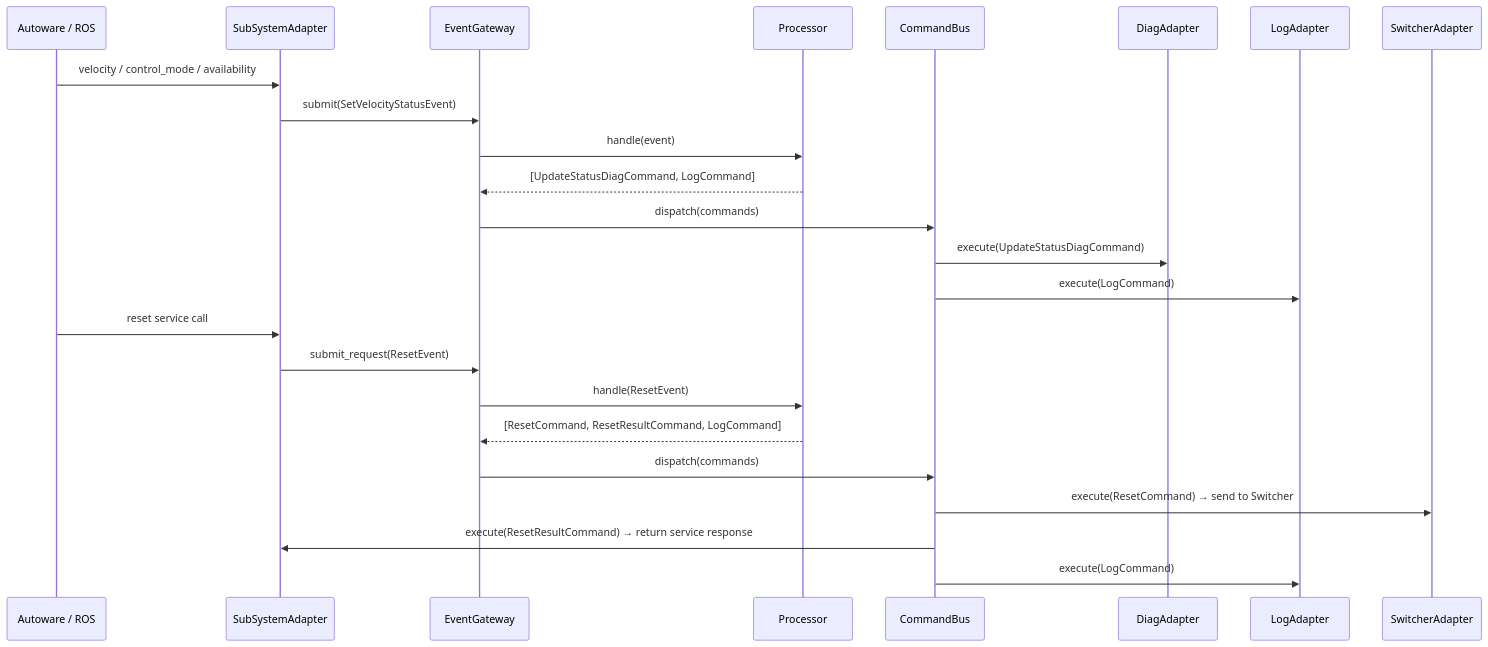
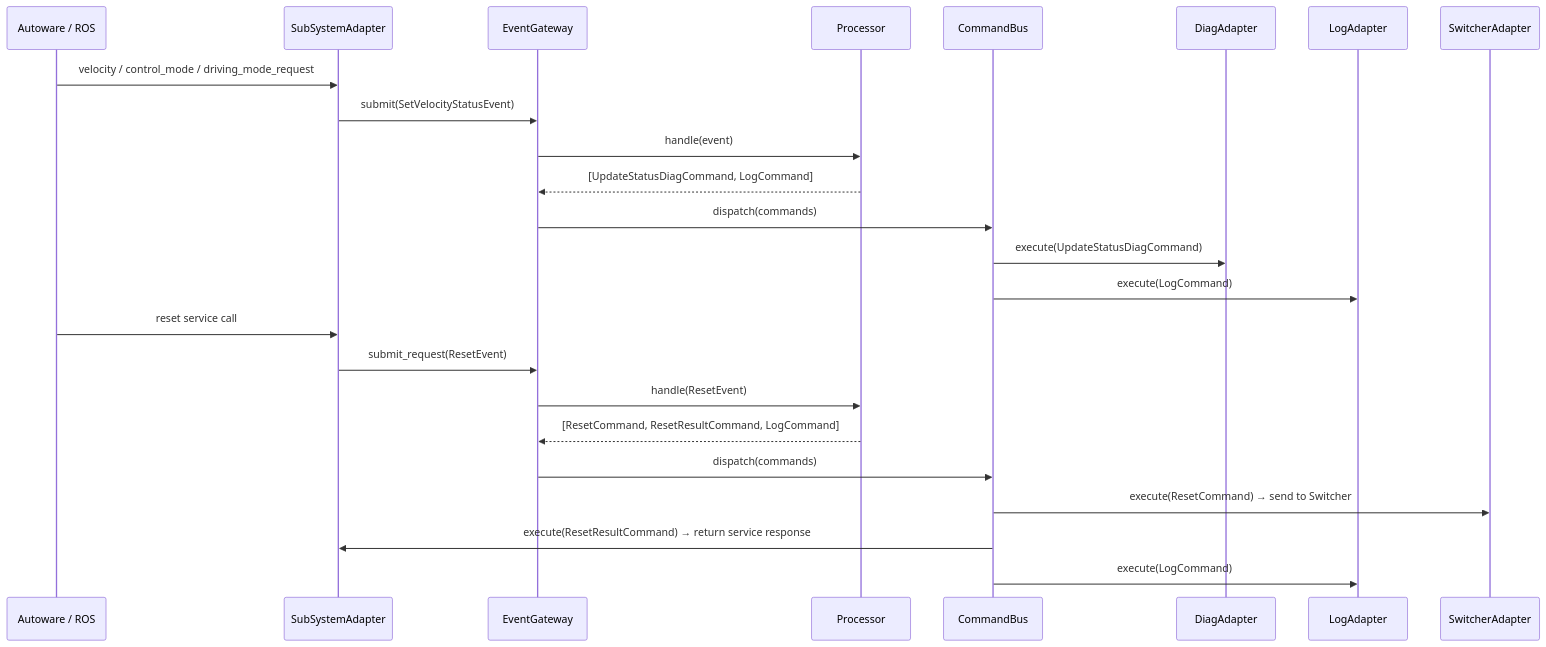
The second of 6 diagrams in system/autoware_redundancy_switcher_interface/docs/DESIGN.md (autowarefoundation/autoware_universe), drawn with Mermaid before and after one commit. The commit also changed other lines of this file and 23 other files, not shown here.

````diff
--- a/system/autoware_redundancy_switcher_interface/docs/DESIGN.md
+++ b/system/autoware_redundancy_switcher_interface/docs/DESIGN.md
@@ -118,28 +116,28 @@
 ```mermaid
 sequenceDiagram
   participant A as Autoware / ROS
   participant SA as SubSystemAdapter
   participant GW as EventGateway
   participant P as Processor
   participant CB as CommandBus
   participant DA as DiagAdapter
   participant LA as LogAdapter
   participant SP as SwitcherAdapter
 
-  A->>SA: velocity / control_mode / availability
+  A->>SA: velocity / control_mode / driving_mode_request
   SA->>GW: submit(SetVelocityStatusEvent)
   GW->>P: handle(event)
   P-->>GW: [UpdateStatusDiagCommand, LogCommand]
   GW->>CB: dispatch(commands)
   CB->>DA: execute(UpdateStatusDiagCommand)
   CB->>LA: execute(LogCommand)
 
   A->>SA: reset service call
   SA->>GW: submit_request(ResetEvent)
   GW->>P: handle(ResetEvent)
   P-->>GW: [ResetCommand, ResetResultCommand, LogCommand]
   GW->>CB: dispatch(commands)
   CB->>SP: execute(ResetCommand) → send to Switcher
   CB->>SA: execute(ResetResultCommand) → return service response
   CB->>LA: execute(LogCommand)
 ```
````
